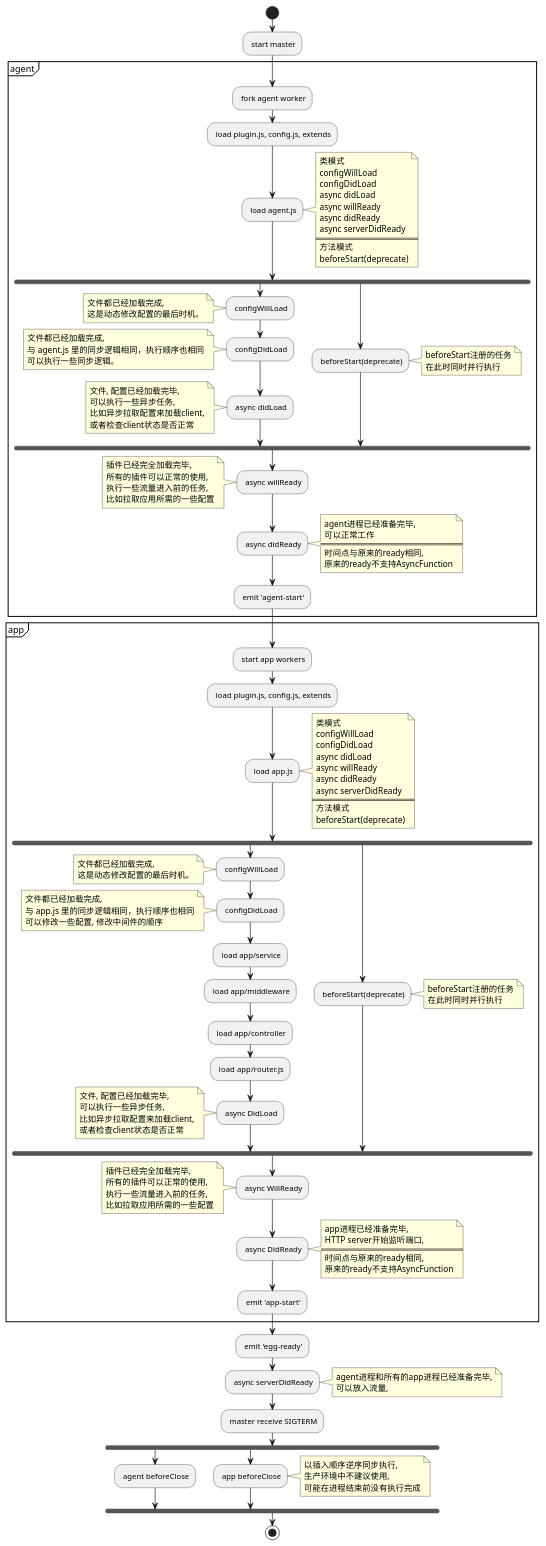
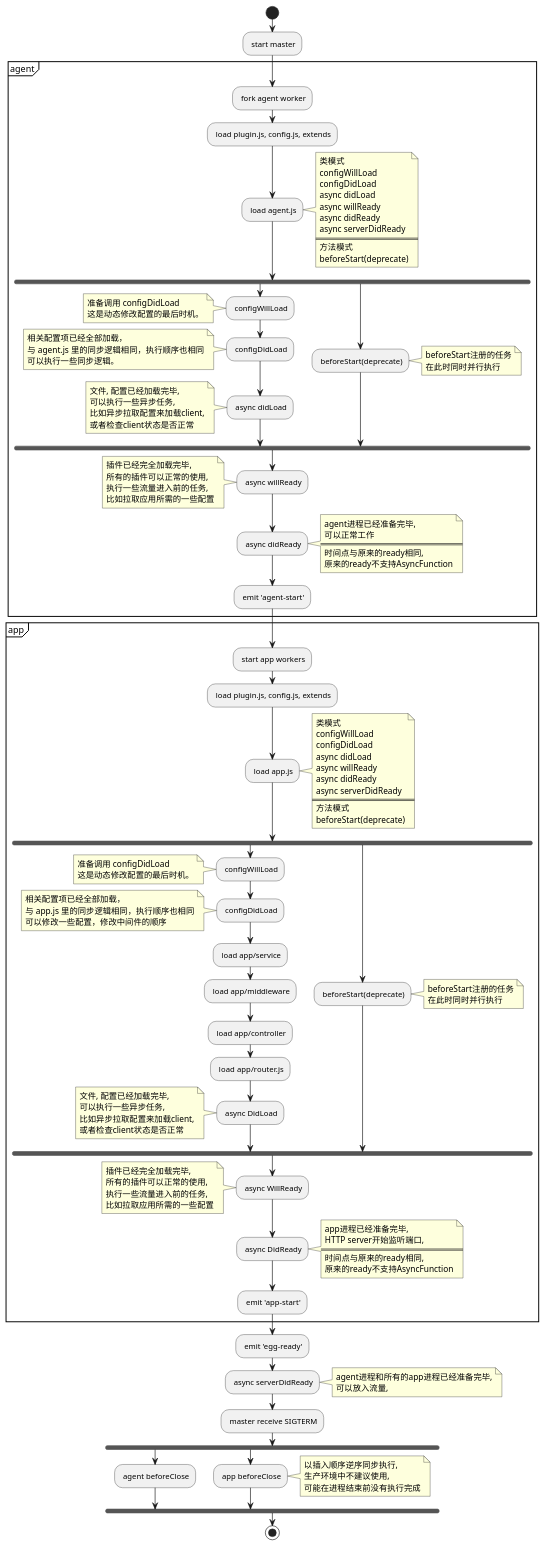
Before and after one commit to eggjs/egg: the diagram in docs/assets/lifecycle_cn.puml, drawn with PlantUML. The commit also changed 3 other files, not shown here.

First line of the commit message:
doc: Update the `configWillLoad` explainations (#3116)

```diff
--- a/docs/assets/lifecycle_cn.puml
+++ b/docs/assets/lifecycle_cn.puml
@@ -1,144 +1,144 @@
 @startuml
 start
 : start master;
 partition agent {
   : fork agent worker;
   : load plugin.js, config.js, extends;
   : load agent.js;
   note right
     类模式
     configWillLoad
     configDidLoad
     async didLoad
     async willReady
     async didReady
     async serverDidReady
     ====
     方法模式
     beforeStart(deprecate)
   end note
   fork
   : configWillLoad;
   note left
-    文件都已经加载完成,
-    这是动态修改配置的最后时机。
+   准备调用 configDidLoad
+   这是动态修改配置的最后时机。
   end note
   : configDidLoad;
   note left
-    文件都已经加载完成,
+    相关配置项已经全部加载，
     与 agent.js 里的同步逻辑相同，执行顺序也相同
     可以执行一些同步逻辑。
   end note
   : async didLoad;
   note left
     文件, 配置已经加载完毕,
     可以执行一些异步任务,
     比如异步拉取配置来加载client,
     或者检查client状态是否正常
   end note
   fork again
     : beforeStart(deprecate);
     note right
       beforeStart注册的任务
       在此时同时并行执行
     end note
   endfork
   : async willReady;
   note left
     插件已经完全加载完毕,
     所有的插件可以正常的使用,
     执行一些流量进入前的任务,
     比如拉取应用所需的一些配置
   end note
   : async didReady;
   note right
     agent进程已经准备完毕,
     可以正常工作
     ====
     时间点与原来的ready相同,
     原来的ready不支持AsyncFunction
   end note
   : emit 'agent-start';
 }
 partition app {
   : start app workers;
   : load plugin.js, config.js, extends;
   : load app.js;
   note right
     类模式
     configWillLoad
     configDidLoad
     async didLoad
     async willReady
     async didReady
     async serverDidReady
     ====
     方法模式
     beforeStart(deprecate)
   end note
   fork
     : configWillLoad;
     note left
-      文件都已经加载完成,
+      准备调用 configDidLoad
       这是动态修改配置的最后时机。
     end note
     : configDidLoad;
     note left
-      文件都已经加载完成,
+      相关配置项已经全部加载，
       与 app.js 里的同步逻辑相同，执行顺序也相同
-      可以修改一些配置, 修改中间件的顺序
+      可以修改一些配置，修改中间件的顺序
     end note
     : load app/service;
     : load app/middleware;
     : load app/controller;
     : load app/router.js;
     : async DidLoad;
   note left
     文件, 配置已经加载完毕,
     可以执行一些异步任务,
     比如异步拉取配置来加载client,
     或者检查client状态是否正常
   end note
   fork again
     : beforeStart(deprecate);
     note right
       beforeStart注册的任务
       在此时同时并行执行
     end note
   end fork
     : async WillReady;
   note left
     插件已经完全加载完毕,
     所有的插件可以正常的使用,
     执行一些流量进入前的任务,
     比如拉取应用所需的一些配置
   end note
   : async DidReady;
   note right
     app进程已经准备完毕,
     HTTP server开始监听端口,
     ====
     时间点与原来的ready相同,
     原来的ready不支持AsyncFunction
   end note
   : emit 'app-start';
 }
 : emit 'egg-ready';
 : async serverDidReady;
 note right
   agent进程和所有的app进程已经准备完毕,
   可以放入流量,
 end note
 : master receive SIGTERM;
 fork
 : agent beforeClose;
 fork again
 : app beforeClose;
 note right
   以插入顺序逆序同步执行,
   生产环境中不建议使用,
   可能在进程结束前没有执行完成
 end note
 endfork
 stop
 @enduml
```
